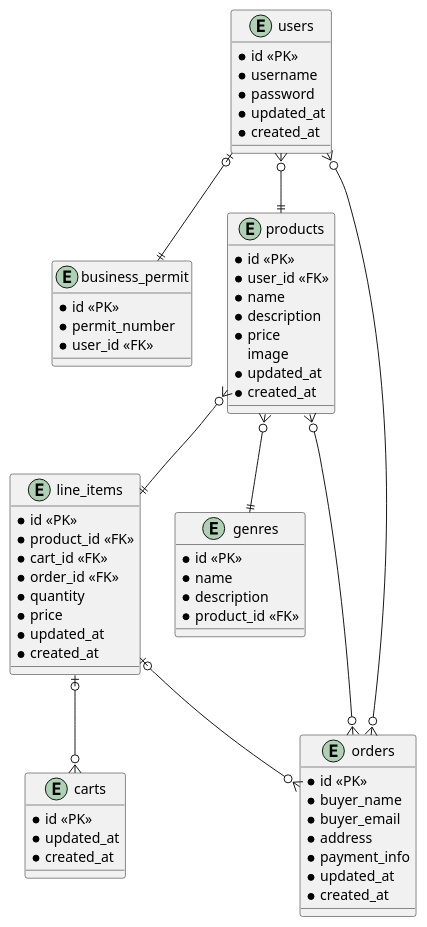
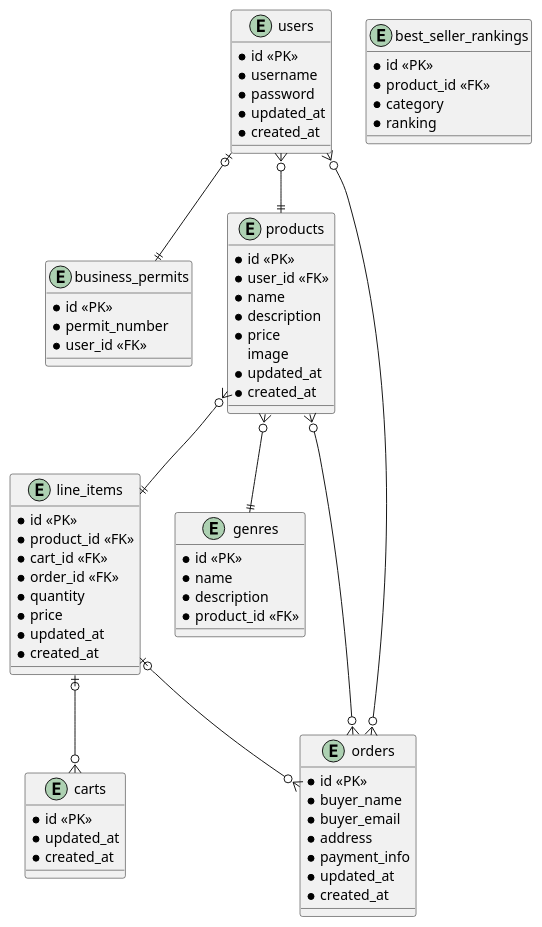
The diagram in depot/docs/er_digram.puml (swayongshen/Depot), drawn with PlantUML before and after one commit. The commit also changed 23 other files, not shown here.

Commit message:
Add nested field for best seller ranking in product form

```diff
--- a/depot/docs/er_digram.puml
+++ b/depot/docs/er_digram.puml
@@ -1,75 +1,82 @@
 @startuml
 'https://plantuml.com/class-diagram
 
 entity users {
     * id <<PK>>
     * username
     * password
     * updated_at
     * created_at
 }
 
-entity business_permit {
+entity business_permits {
     * id <<PK>>
     * permit_number
     * user_id <<FK>>
 }
 
 entity products {
     * id <<PK>>
     * user_id <<FK>>
     * name
     * description
     * price
     image
     * updated_at
     * created_at
+}
+
+entity best_seller_rankings {
+    * id <<PK>>
+    * product_id <<FK>>
+    * category
+    * ranking
 }
 
 entity line_items {
     * id <<PK>>
     * product_id <<FK>>
     * cart_id <<FK>>
     * order_id <<FK>>
     * quantity
     * price
     * updated_at
     * created_at
 }
 
 entity carts {
     * id <<PK>>
     * updated_at
     * created_at
 }
 
 entity orders {
     * id <<PK>>
     * buyer_name
     * buyer_email
     * address
     * payment_info
     * updated_at
     * created_at
 }
 
 entity genres {
     * id <<PK>>
     * name
     * description
     * product_id <<FK>>
 }
 
 users }o--|| products
-users |o--|| business_permit
+users |o--|| business_permits
 products }o--|| line_items
 line_items |o--o{ carts
 line_items |o--o{ orders
 orders }o--o{ users
 orders }o--o{ products
 products }o--|| genres
 
 
 
 
 @enduml
```
